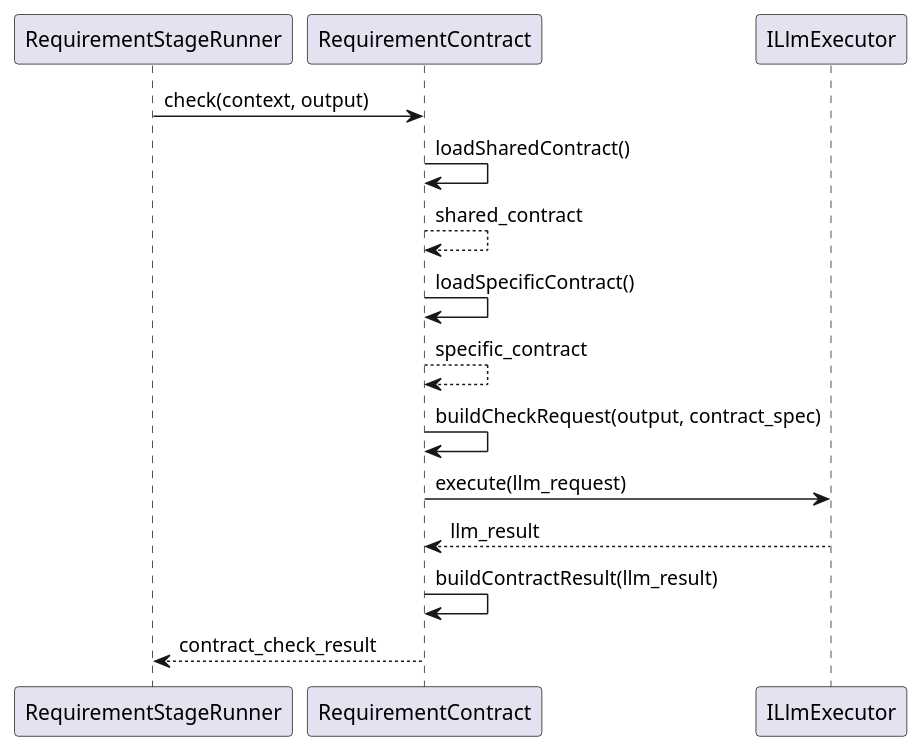
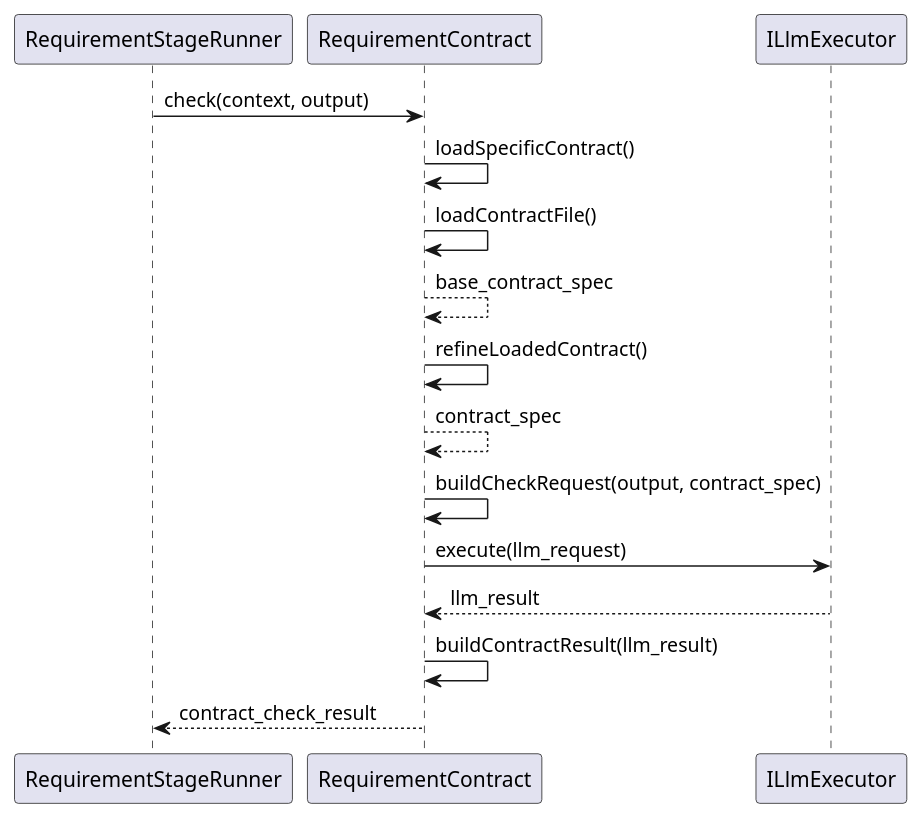
Before and after one commit to lucky-chen/ai_workflow_travel: the second of 2 diagrams in meta_layer/docs/design_docs/Contract/RequirementContract.md, drawn with PlantUML. The commit also changed other lines of this file and 7 other files, not shown here.

First line of the commit message:
[AI] gpt-5.4: unify document contract loading flow

````diff
--- a/meta_layer/docs/design_docs/Contract/RequirementContract.md
+++ b/meta_layer/docs/design_docs/Contract/RequirementContract.md
@@ -75,18 +75,19 @@
 ```plantuml
 @startuml
 participant RequirementStageRunner
 participant RequirementContract
 participant ILlmExecutor
 
 RequirementStageRunner -> RequirementContract: check(context, output)
-RequirementContract -> RequirementContract: loadSharedContract()
-RequirementContract --> RequirementContract: shared_contract
 RequirementContract -> RequirementContract: loadSpecificContract()
-RequirementContract --> RequirementContract: specific_contract
+RequirementContract -> RequirementContract: loadContractFile()
+RequirementContract --> RequirementContract: base_contract_spec
+RequirementContract -> RequirementContract: refineLoadedContract()
+RequirementContract --> RequirementContract: contract_spec
 RequirementContract -> RequirementContract: buildCheckRequest(output, contract_spec)
 RequirementContract -> ILlmExecutor: execute(llm_request)
 ILlmExecutor --> RequirementContract: llm_result
 RequirementContract -> RequirementContract: buildContractResult(llm_result)
 RequirementContract --> RequirementStageRunner: contract_check_result
 @enduml
 ```
````
